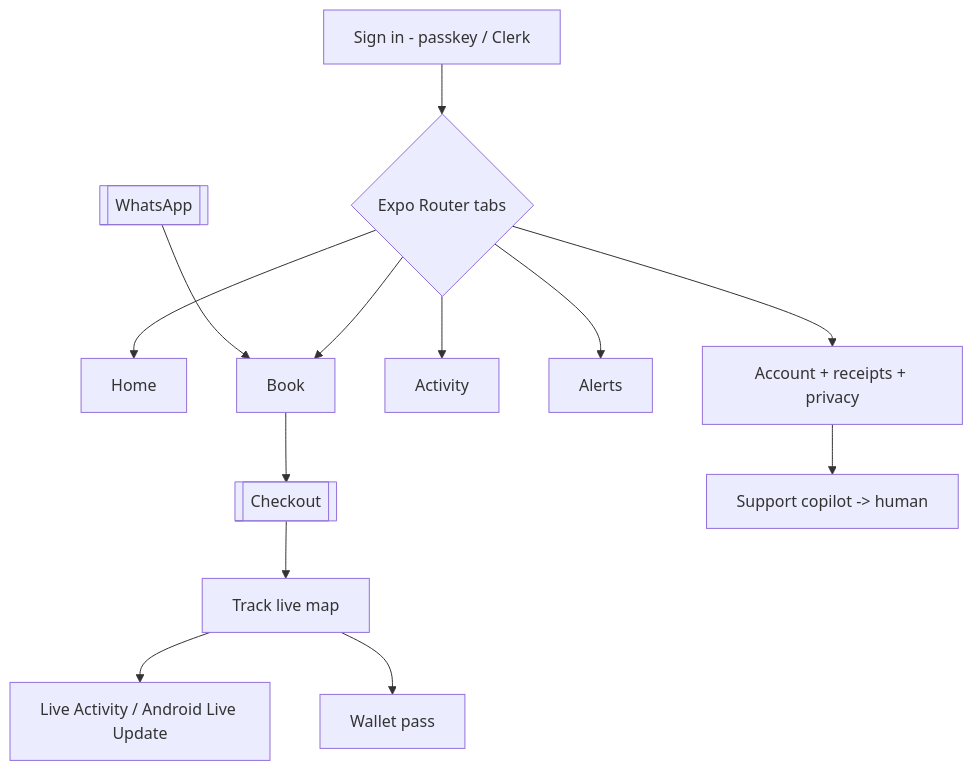
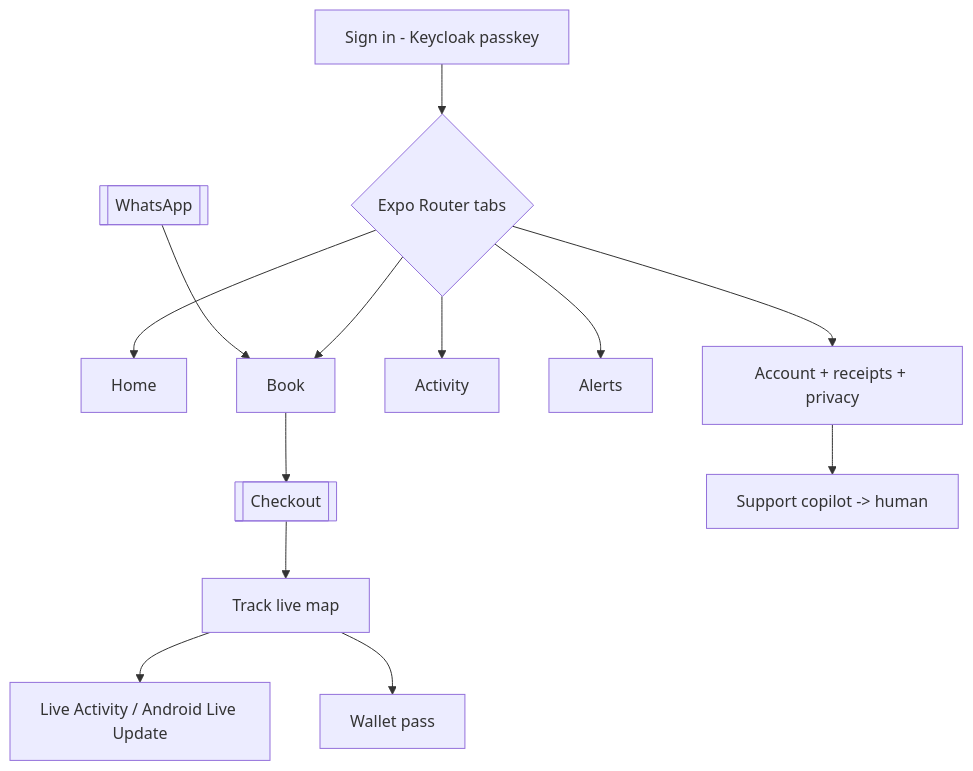
The fourth of 6 diagrams in docs/architecture/25_customer_mobile.md (PORTERCHAIN-INC/PCD), drawn with Mermaid before and after one commit. The commit also changed other lines of this file and 32 other files, not shown here.

Commit message:
docs(architecture): 31-39, 48-55 plan docs; 29 all items decided; PydanticAI-in-DBOS everywhere; Ravi decisions recorded

````diff
--- a/docs/architecture/25_customer_mobile.md
+++ b/docs/architecture/25_customer_mobile.md
@@ -99,10 +99,10 @@
 ```mermaid
 flowchart TD
-  SI[Sign in - passkey / Clerk] --> R{Expo Router tabs}
+  SI[Sign in - Keycloak passkey] --> R{Expo Router tabs}
   R --> HO[Home] & BK[Book] & AC[Activity] & AL[Alerts] & ACC[Account + receipts + privacy]
   BK --> PAY[[Checkout]] --> TR[Track live map]
   TR --> LA[Live Activity / Android Live Update]
   TR --> WP[Wallet pass]
   ACC --> HELP[Support copilot -> human]
   WA[[WhatsApp]] --> BK
 ```
````
